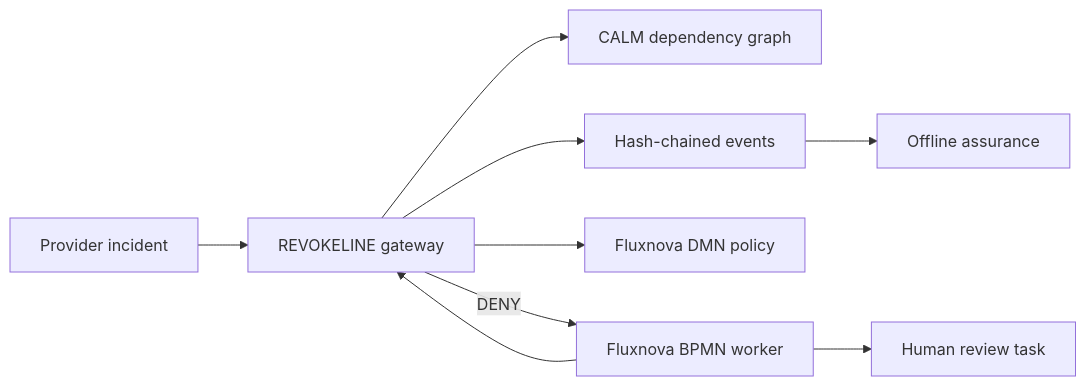
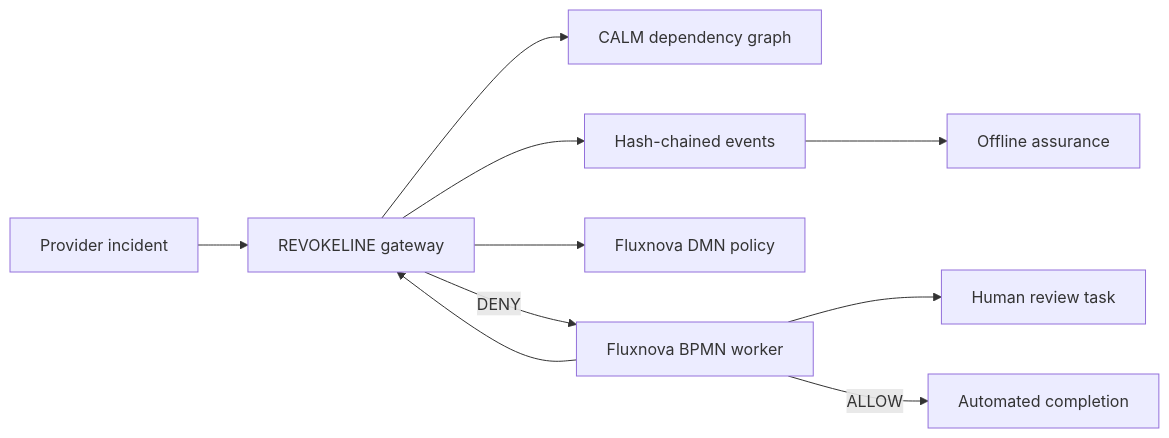
Before and after one commit to finos-hack/fall-hackathon-2026-kappa: the diagram in README.md, drawn with Mermaid. The commit also changed other lines of this file and 19 other files, not shown here.

````diff
--- a/README.md
+++ b/README.md
@@ -14,11 +14,12 @@
 ```mermaid
 flowchart LR
     I[Provider incident] --> G[REVOKELINE gateway]
     G --> C[CALM dependency graph]
     B[Fluxnova BPMN worker] --> G
     G --> D[Fluxnova DMN policy]
     G --> E[Hash-chained events]
     G -->|DENY| B
     B --> H[Human review task]
+    B -->|ALLOW| N[Automated completion]
     E --> A[Offline assurance]
 ```
````
